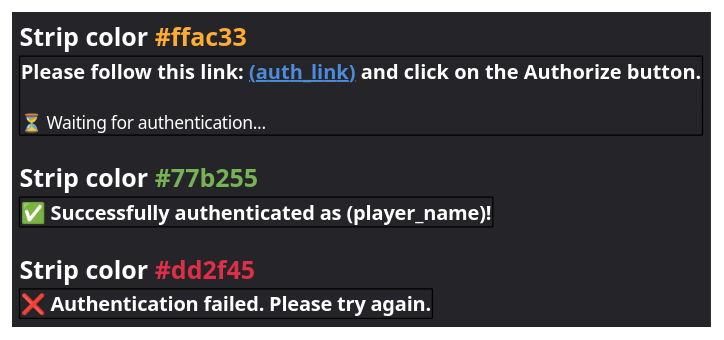
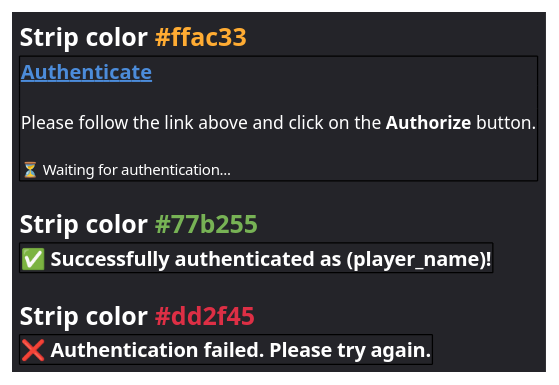
The diagram in bot-ui/login/login.puml (vnmc-ecosystem/vnmc-designs), drawn with PlantUML before and after one commit.

Commit message:
fix(ui/login/pending): complete redesign

```diff
--- a/bot-ui/login/login.puml
+++ b/bot-ui/login/login.puml
@@ -1,25 +1,27 @@
 @startsalt login
 	<style>
 		saltDiagram {
 			BackgroundColor #242429
 		}
 	</style>
 	{
 		= <color:#ffffff>Strip color <color:#ffac33><size:16>#ffac33
 		{+
-			<b><color:#ffffff><size:16>Please follow this link: <color:#4c8cda>__(auth_link)__ <color:#ffffff>and click on the **Authorize** button.
+			<b><color:#4c8cda><size:16>__Authenticate__
 			.
-			<color:#ffffff><size:14>⏳ Waiting for authentication...
+			<color:#ffffff><size:14>Please follow the link above and click on the **Authorize** button.
+			.
+			<color:#ffffff><size:12>⏳ Waiting for authentication...
 		}
 		.
 		= <color:#ffffff>Strip color <color:#77b255><size:16>#77b255
 		{+
 			<b><color:#ffffff><size:16>✅ Successfully authenticated as (player_name)!
 		}
 		.
 		= <color:#ffffff>Strip color <color:#dd2f45><size:16>#dd2f45
 		{+
 			<b><color:#ffffff><size:16>❌ Authentication failed. Please try again.
 		}
 	}
 @endsalt
```
